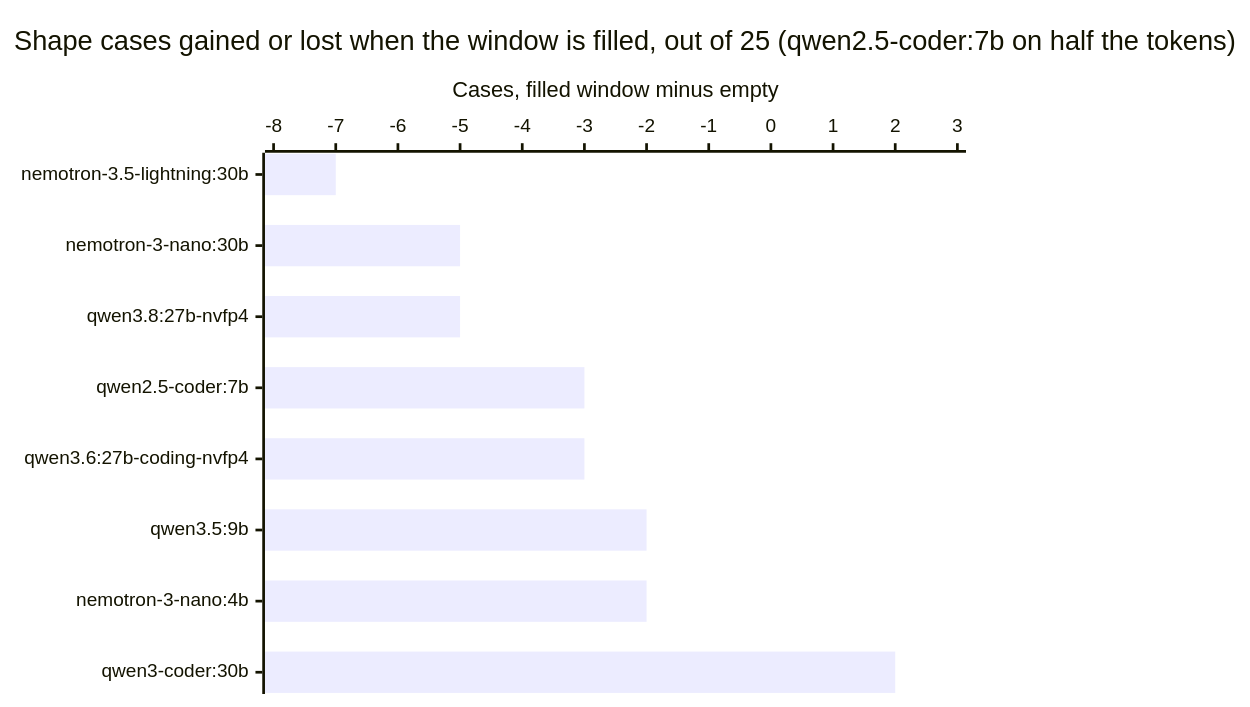
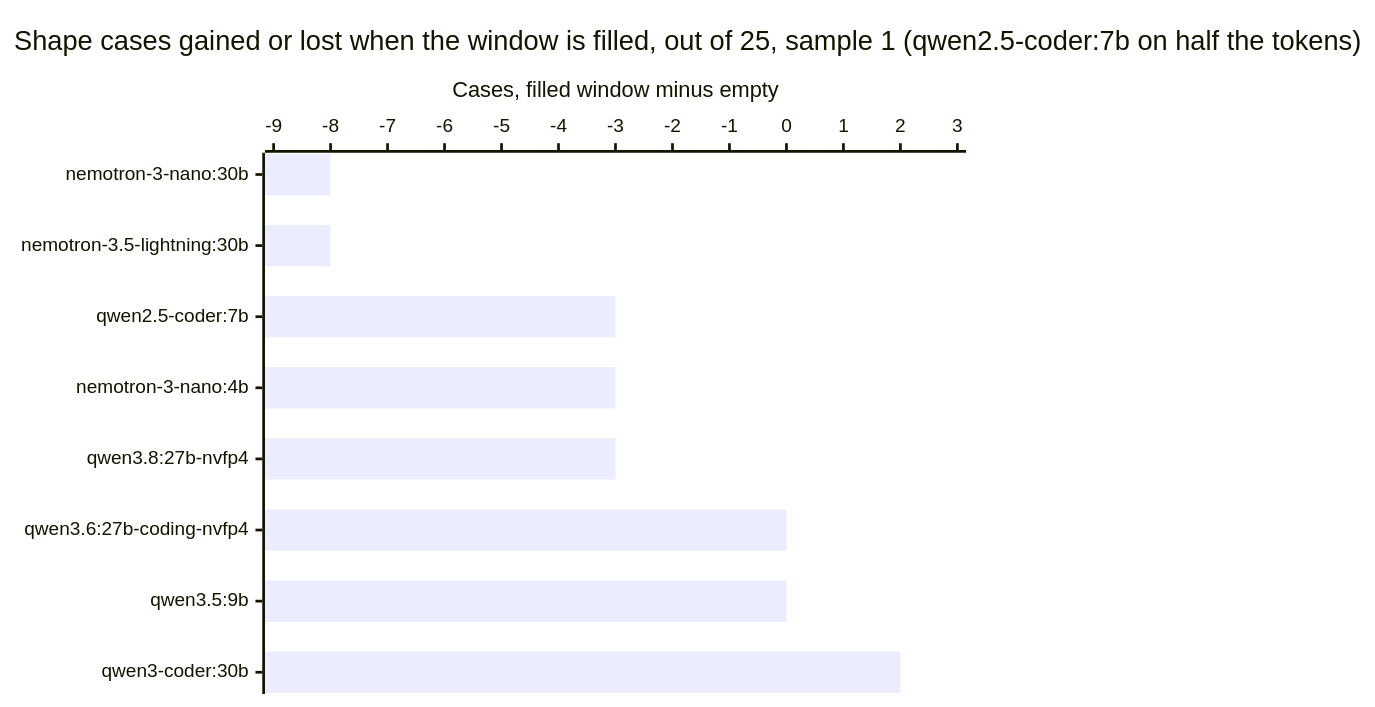
Before and after one commit to freemansoft/Flutter-AdaptiveCards: the first of 2 diagrams in adaptive_chat_server_dart/blog/article-7-full-context-cost-draft.md, drawn with Mermaid. The commit also changed other lines of this file and 40 other files, not shown here.

````diff
--- a/adaptive_chat_server_dart/blog/article-7-full-context-cost-draft.md
+++ b/adaptive_chat_server_dart/blog/article-7-full-context-cost-draft.md
@@ -114,7 +113,7 @@
 ```mermaid
 xychart-beta horizontal
-    title "Shape cases gained or lost when the window is filled, out of 25 (qwen2.5-coder:7b on half the tokens)"
-        x-axis ["nemotron-3.5-lightning:30b", "nemotron-3-nano:30b", "qwen3.8:27b-nvfp4", "qwen2.5-coder:7b", "qwen3.6:27b-coding-nvfp4", "qwen3.5:9b", "nemotron-3-nano:4b", "qwen3-coder:30b"]
-        y-axis "Cases, filled window minus empty" -8 --> 3
-    bar [-7, -5, -5, -3, -3, -2, -2, 2]
+    title "Shape cases gained or lost when the window is filled, out of 25, sample 1 (qwen2.5-coder:7b on half the tokens)"
+        x-axis ["nemotron-3-nano:30b", "nemotron-3.5-lightning:30b", "qwen2.5-coder:7b", "nemotron-3-nano:4b", "qwen3.8:27b-nvfp4", "qwen3.6:27b-coding-nvfp4", "qwen3.5:9b", "qwen3-coder:30b"]
+        y-axis "Cases, filled window minus empty" -9 --> 3
+    bar [-8, -8, -3, -3, -3, 0, 0, 2]
 ```
````
